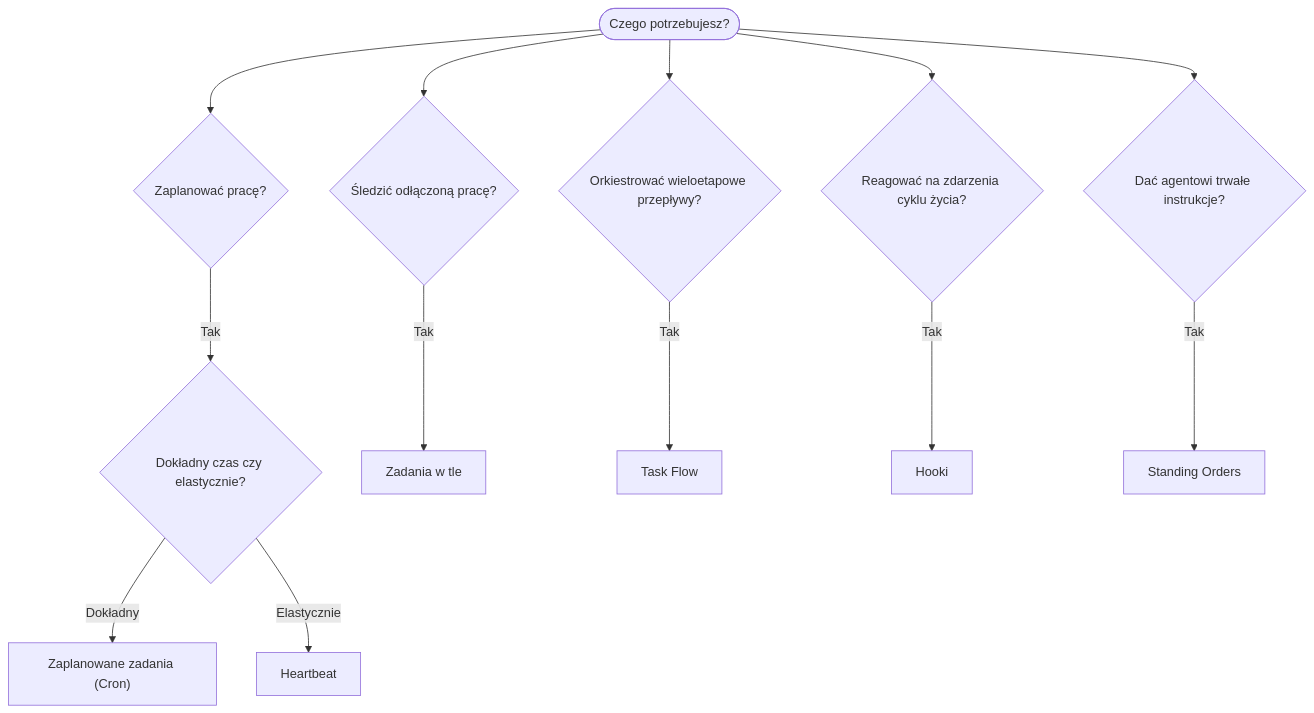
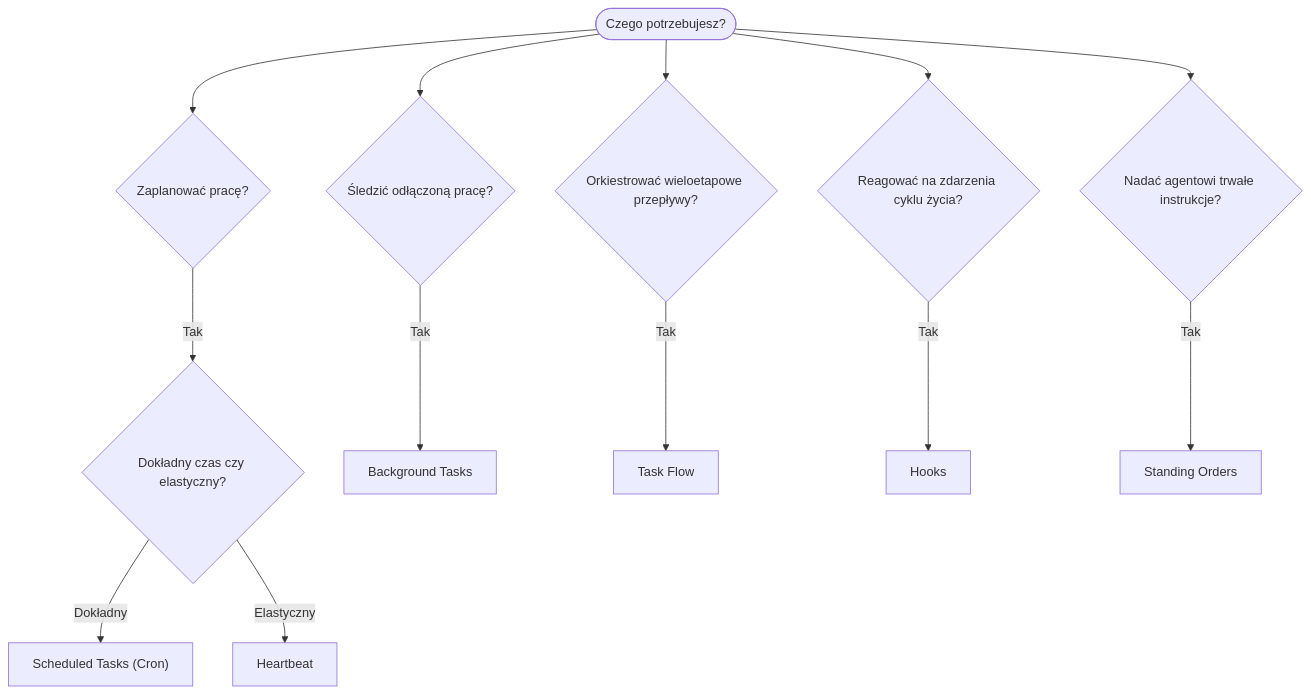
The diagram in docs/pl/automation/index.md (openclaw/docs), drawn with Mermaid before and after one commit. The commit also changed other lines of this file and 440 other files, not shown here.

````diff
--- a/docs/pl/automation/index.md
+++ b/docs/pl/automation/index.md
@@ -23,17 +21,17 @@
 ```mermaid
 flowchart TD
     START([Czego potrzebujesz?]) --> Q1{Zaplanować pracę?}
     START --> Q2{Śledzić odłączoną pracę?}
     START --> Q3{Orkiestrować wieloetapowe przepływy?}
     START --> Q4{Reagować na zdarzenia cyklu życia?}
-    START --> Q5{Dać agentowi trwałe instrukcje?}
+    START --> Q5{Nadać agentowi trwałe instrukcje?}
 
-    Q1 -->|Tak| Q1a{Dokładny czas czy elastycznie?}
-    Q1a -->|Dokładny| CRON["Zaplanowane zadania (Cron)"]
-    Q1a -->|Elastycznie| HEARTBEAT[Heartbeat]
+    Q1 -->|Tak| Q1a{Dokładny czas czy elastyczny?}
+    Q1a -->|Dokładny| CRON["Scheduled Tasks (Cron)"]
+    Q1a -->|Elastyczny| HEARTBEAT[Heartbeat]
 
-    Q2 -->|Tak| TASKS[Zadania w tle]
+    Q2 -->|Tak| TASKS[Background Tasks]
     Q3 -->|Tak| FLOW[Task Flow]
-    Q4 -->|Tak| HOOKS[Hooki]
+    Q4 -->|Tak| HOOKS[Hooks]
     Q5 -->|Tak| SO[Standing Orders]
 ```
````
